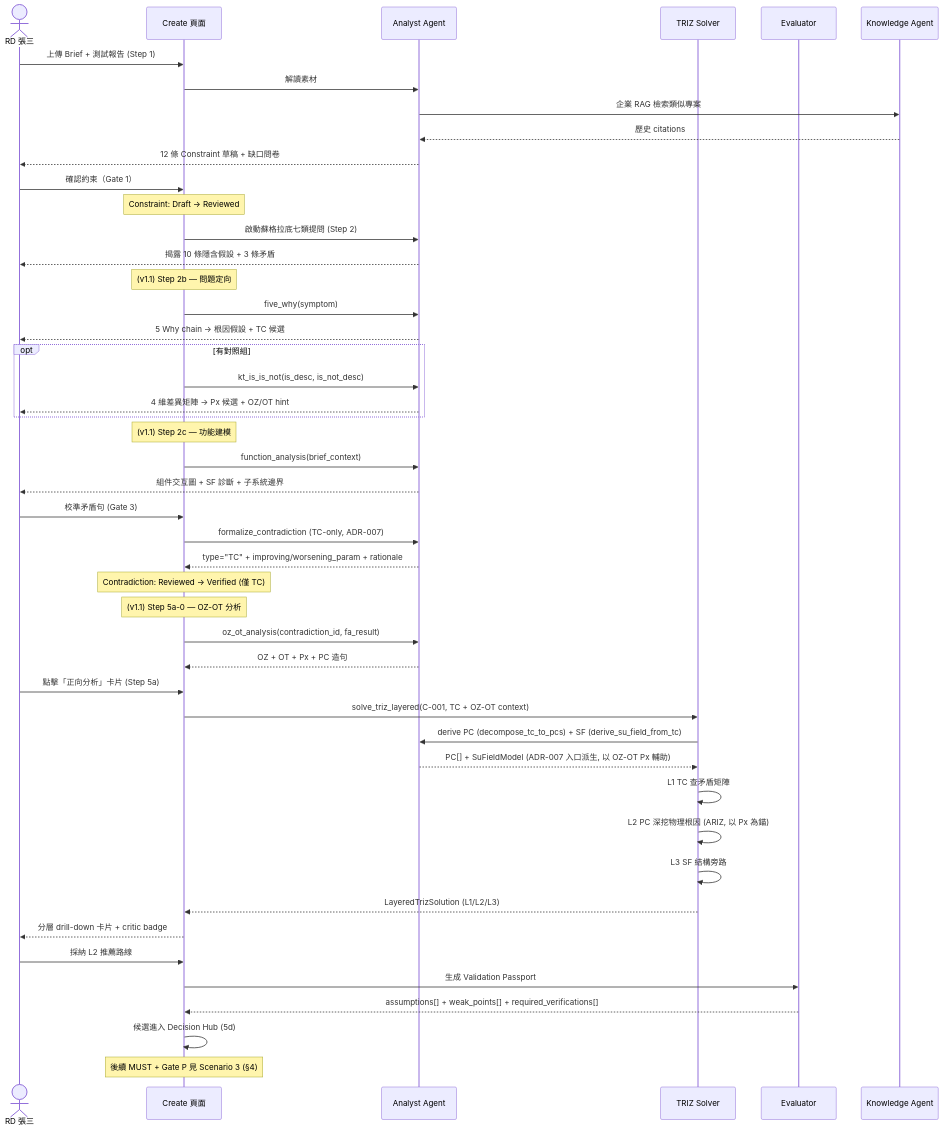
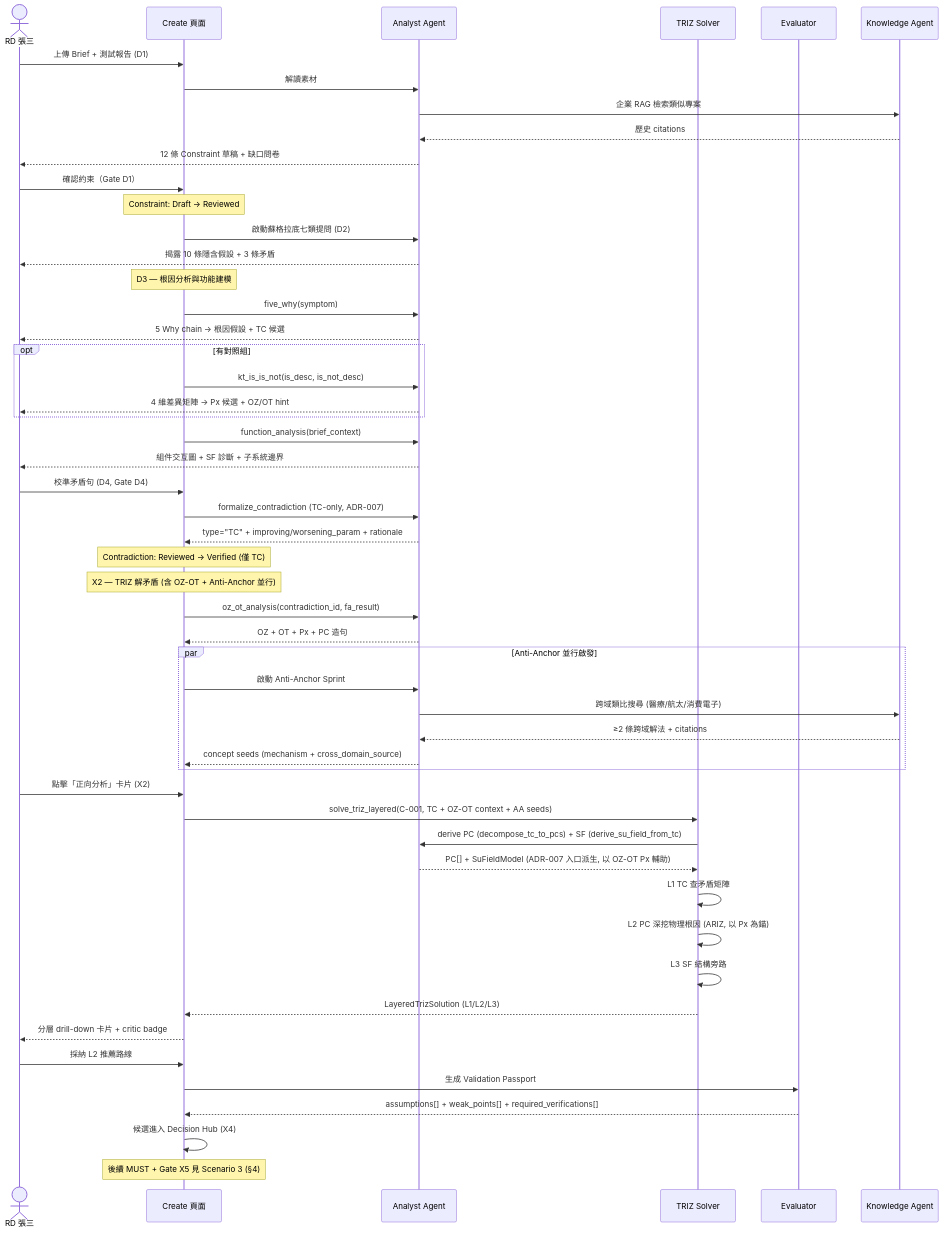
Before and after one commit to Zenobia0000/RD_copilot_system: the second of 5 diagrams in docs/01-define/E3--system-interaction-flow.md, drawn with Mermaid. The commit also changed other lines of this file and 45 other files, not shown here.

````diff
--- a/docs/01-define/E3--system-interaction-flow.md
+++ b/docs/01-define/E3--system-interaction-flow.md
@@ -79,59 +111,64 @@
 ```mermaid
 sequenceDiagram
     actor RD as RD 張三
     participant UI as Create 頁面
     participant AA as Analyst Agent
     participant TS as TRIZ Solver
     participant EV as Evaluator
     participant KB as Knowledge Agent
 
-    RD->>UI: 上傳 Brief + 測試報告 (Step 1)
+    RD->>UI: 上傳 Brief + 測試報告 (D1)
     UI->>AA: 解讀素材
     AA->>KB: 企業 RAG 檢索類似專案
     KB-->>AA: 歷史 citations
     AA-->>RD: 12 條 Constraint 草稿 + 缺口問卷
 
-    RD->>UI: 確認約束（Gate 1）
+    RD->>UI: 確認約束（Gate D1）
     Note over UI: Constraint: Draft → Reviewed
 
-    UI->>AA: 啟動蘇格拉底七類提問 (Step 2)
+    UI->>AA: 啟動蘇格拉底七類提問 (D2)
     AA-->>RD: 揭露 10 條隱含假設 + 3 條矛盾
 
-    Note over UI: (v1.1) Step 2b — 問題定向
+    Note over UI: D3 — 根因分析與功能建模
     UI->>AA: five_why(symptom)
     AA-->>RD: 5 Why chain → 根因假設 + TC 候選
     opt 有對照組
         UI->>AA: kt_is_is_not(is_desc, is_not_desc)
         AA-->>RD: 4 維差異矩陣 → Px 候選 + OZ/OT hint
     end
-
-    Note over UI: (v1.1) Step 2c — 功能建模
     UI->>AA: function_analysis(brief_context)
     AA-->>RD: 組件交互圖 + SF 診斷 + 子系統邊界
 
-    RD->>UI: 校準矛盾句 (Gate 3)
+    RD->>UI: 校準矛盾句 (D4, Gate D4)
     UI->>AA: formalize_contradiction (TC-only, ADR-007)
     AA-->>UI: type="TC" + improving/worsening_param + rationale
     Note over UI: Contradiction: Reviewed → Verified (僅 TC)
 
-    Note over UI: (v1.1) Step 5a-0 — OZ-OT 分析
+    Note over UI: X2 — TRIZ 解矛盾 (含 OZ-OT + Anti-Anchor 並行)
     UI->>AA: oz_ot_analysis(contradiction_id, fa_result)
     AA-->>UI: OZ + OT + Px + PC 造句
 
-    RD->>UI: 點擊「正向分析」卡片 (Step 5a)
-    UI->>TS: solve_triz_layered(C-001, TC + OZ-OT context)
+    par Anti-Anchor 並行啟發
+        UI->>AA: 啟動 Anti-Anchor Sprint
+        AA->>KB: 跨域類比搜尋 (醫療/航太/消費電子)
+        KB-->>AA: ≥2 條跨域解法 + citations
+        AA-->>UI: concept seeds (mechanism + cross_domain_source)
+    end
+
+    RD->>UI: 點擊「正向分析」卡片 (X2)
+    UI->>TS: solve_triz_layered(C-001, TC + OZ-OT context + AA seeds)
     TS->>AA: derive PC (decompose_tc_to_pcs) + SF (derive_su_field_from_tc)
     AA-->>TS: PC[] + SuFieldModel (ADR-007 入口派生, 以 OZ-OT Px 輔助)
     TS->>TS: L1 TC 查矛盾矩陣
     TS->>TS: L2 PC 深挖物理根因 (ARIZ, 以 Px 為錨)
     TS->>TS: L3 SF 結構旁路
     TS-->>UI: LayeredTrizSolution (L1/L2/L3)
     UI-->>RD: 分層 drill-down 卡片 + critic badge
 
     RD->>UI: 採納 L2 推薦路線
     UI->>EV: 生成 Validation Passport
     EV-->>UI: assumptions[] + weak_points[] + required_verifications[]
 
-    UI->>UI: 候選進入 Decision Hub (5d)
-    Note over UI: 後續 MUST + Gate P 見 Scenario 3 (§4)
+    UI->>UI: 候選進入 Decision Hub (X4)
+    Note over UI: 後續 MUST + Gate X5 見 Scenario 3 (§4)
 ```
````
